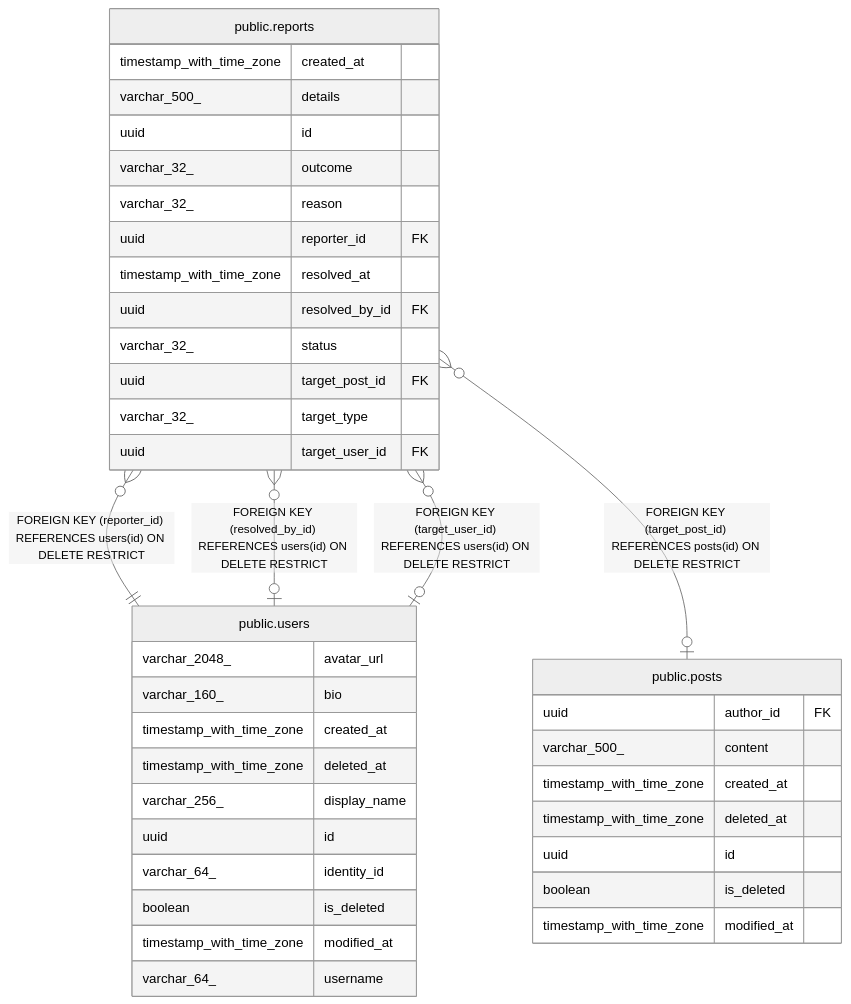
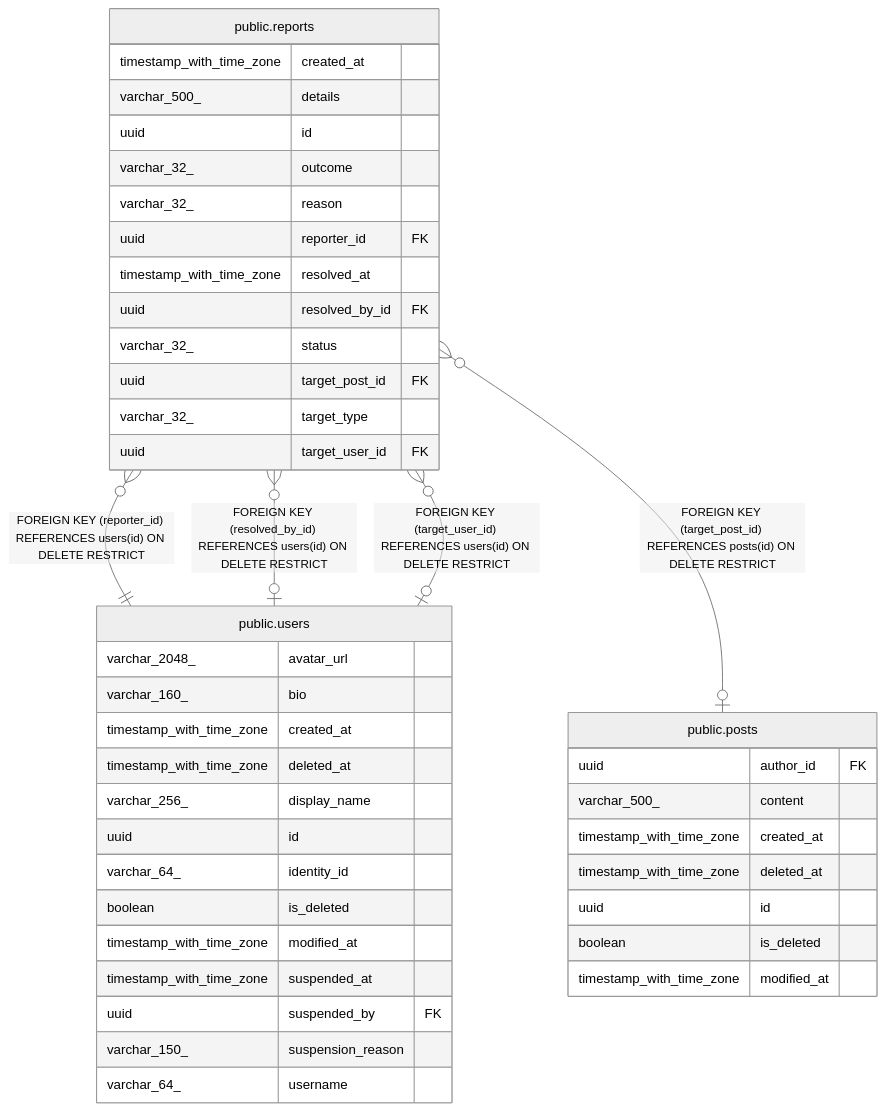
Before and after one commit to trduc2712/choco-api: the diagram in docs/database/public.reports.md, drawn with Mermaid (neutral theme). The commit also changed 43 other files, not shown here.

````diff
--- a/docs/database/public.reports.md
+++ b/docs/database/public.reports.md
@@ -55,44 +55,47 @@
 ```mermaid
 erDiagram
 
 "public.reports" }o--|| "public.users" : "FOREIGN KEY (reporter_id) REFERENCES users(id) ON DELETE RESTRICT"
 "public.reports" }o--o| "public.users" : "FOREIGN KEY (resolved_by_id) REFERENCES users(id) ON DELETE RESTRICT"
 "public.reports" }o--o| "public.posts" : "FOREIGN KEY (target_post_id) REFERENCES posts(id) ON DELETE RESTRICT"
 "public.reports" }o--o| "public.users" : "FOREIGN KEY (target_user_id) REFERENCES users(id) ON DELETE RESTRICT"
 
 "public.reports" {
   timestamp_with_time_zone created_at
   varchar_500_ details
   uuid id
   varchar_32_ outcome
   varchar_32_ reason
   uuid reporter_id FK
   timestamp_with_time_zone resolved_at
   uuid resolved_by_id FK
   varchar_32_ status
   uuid target_post_id FK
   varchar_32_ target_type
   uuid target_user_id FK
 }
 "public.users" {
   varchar_2048_ avatar_url
   varchar_160_ bio
   timestamp_with_time_zone created_at
   timestamp_with_time_zone deleted_at
   varchar_256_ display_name
   uuid id
   varchar_64_ identity_id
   boolean is_deleted
   timestamp_with_time_zone modified_at
+  timestamp_with_time_zone suspended_at
+  uuid suspended_by FK
+  varchar_150_ suspension_reason
   varchar_64_ username
 }
 "public.posts" {
   uuid author_id FK
   varchar_500_ content
   timestamp_with_time_zone created_at
   timestamp_with_time_zone deleted_at
   uuid id
   boolean is_deleted
   timestamp_with_time_zone modified_at
 }
 ```
````
